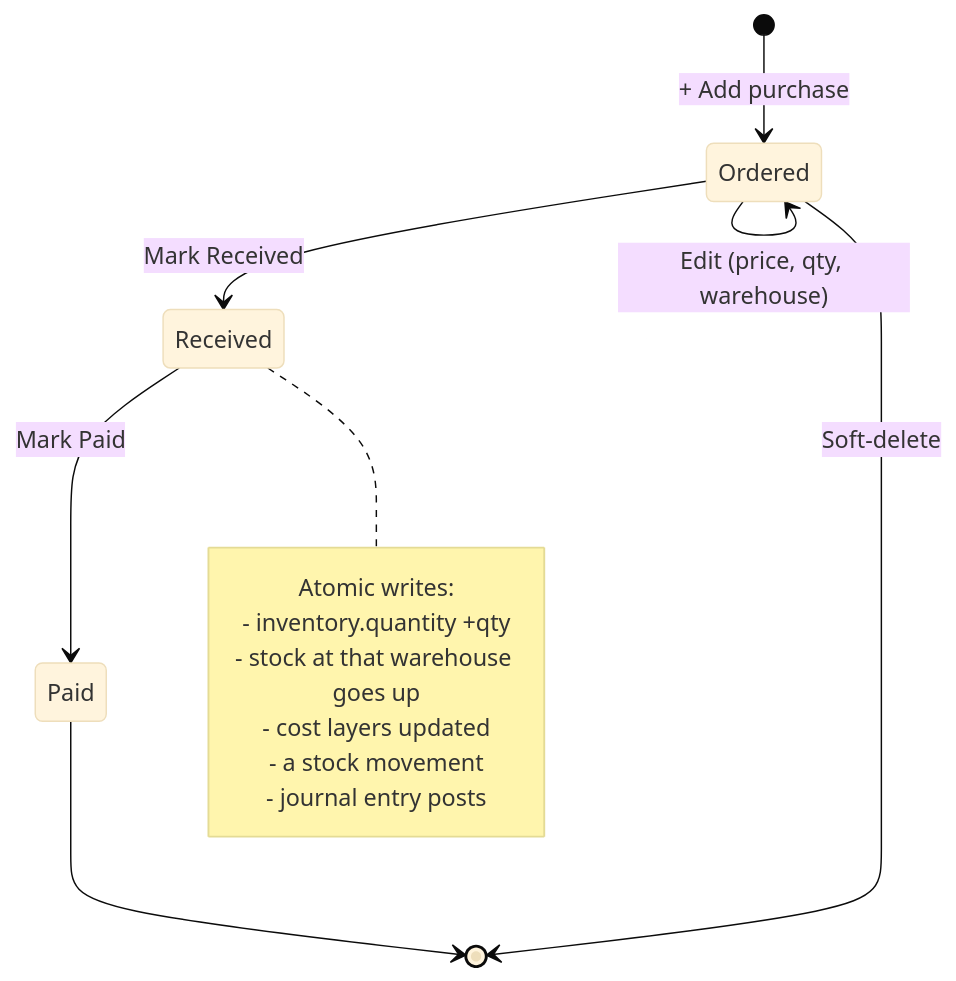
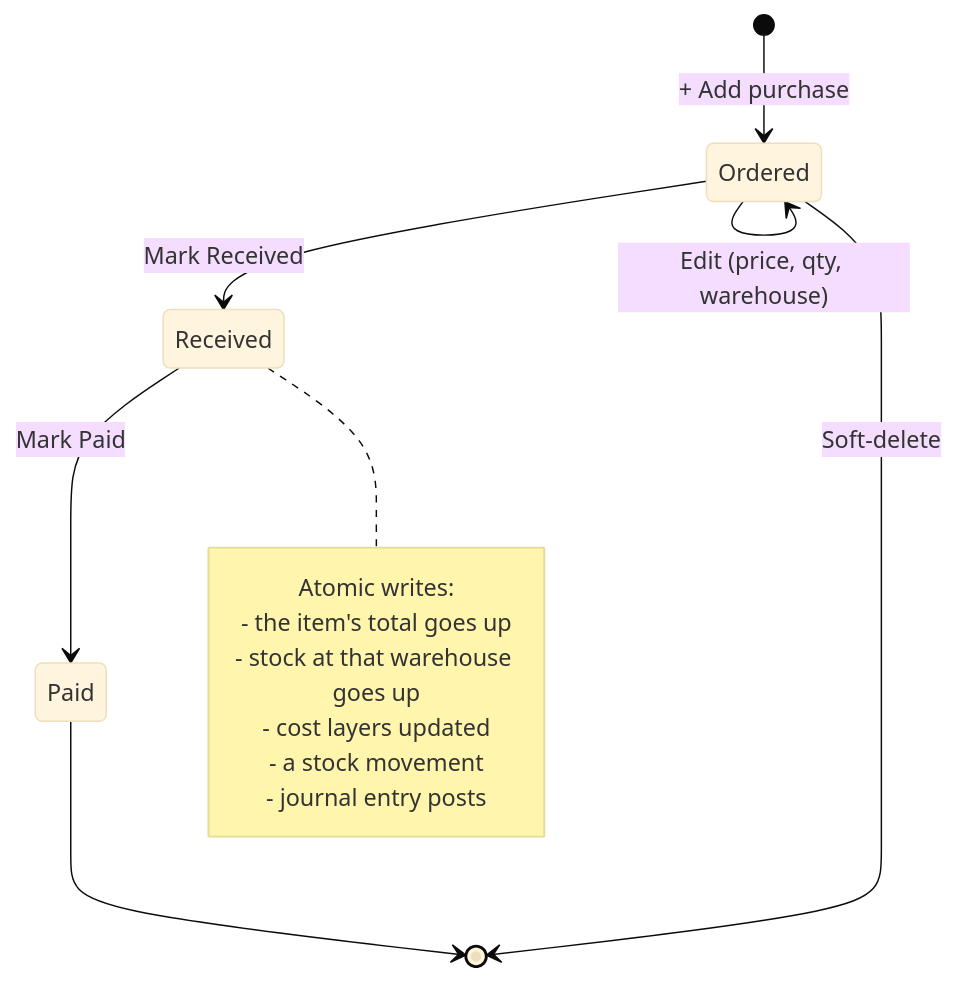
The diagram in docs/manual/docs/operations/purchases.md (quilit-dev/quilit-erp), drawn with Mermaid (base theme) before and after one commit. The commit also changed other lines of this file and 27 other files, not shown here.

````diff
--- a/docs/manual/docs/operations/purchases.md
+++ b/docs/manual/docs/operations/purchases.md
@@ -164,18 +164,18 @@
 ```mermaid
 stateDiagram-v2
     [*] --> Ordered : + Add purchase
     Ordered --> Received : Mark Received
     Ordered --> Ordered : Edit (price, qty, warehouse)
     Received --> Paid : Mark Paid
     Paid --> [*]
     Ordered --> [*] : Soft-delete
 
     note right of Received
         Atomic writes:
-        - inventory.quantity +qty
+        - the item's total goes up
         - stock at that warehouse goes up
         - cost layers updated
         - a stock movement
         - journal entry posts
     end note
 ```
````
